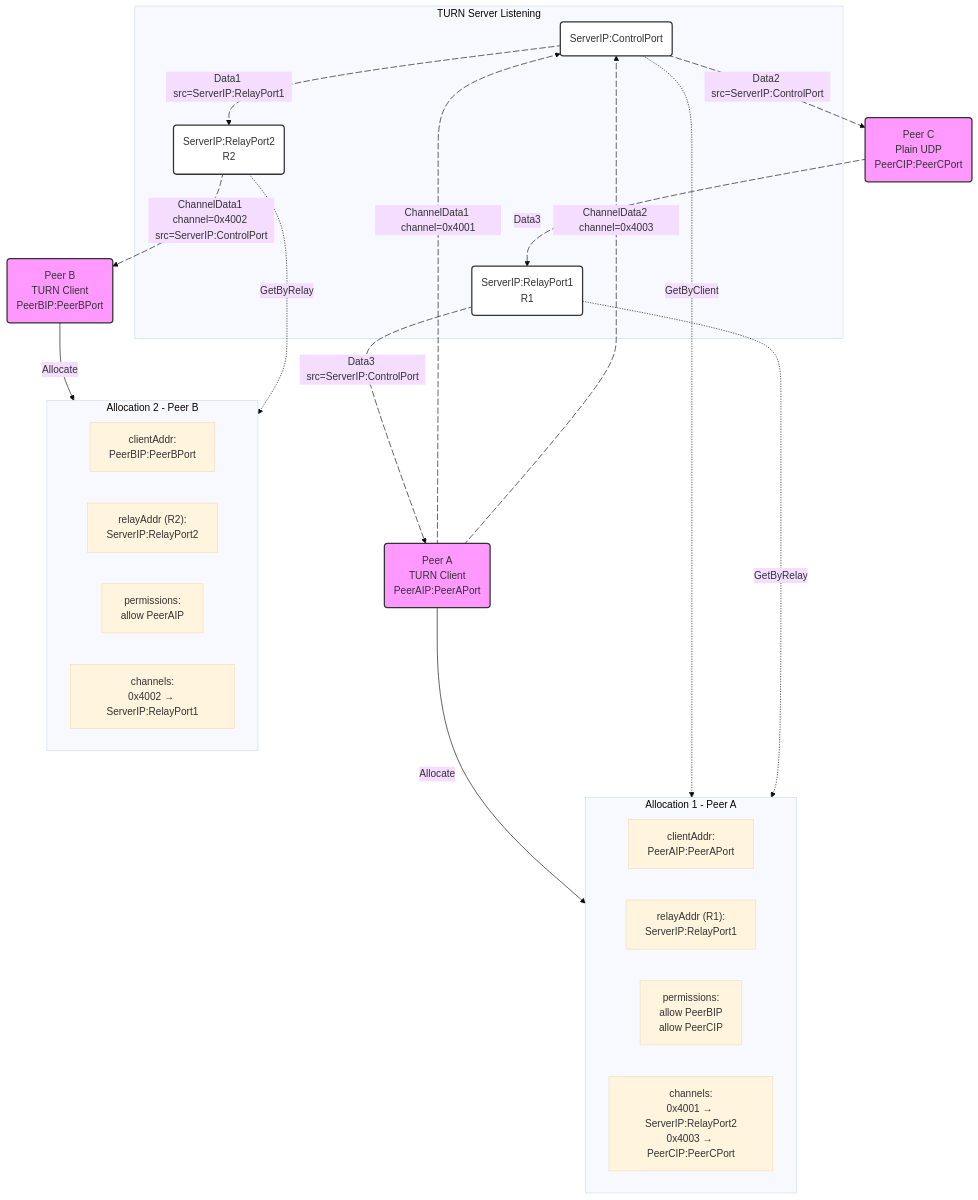
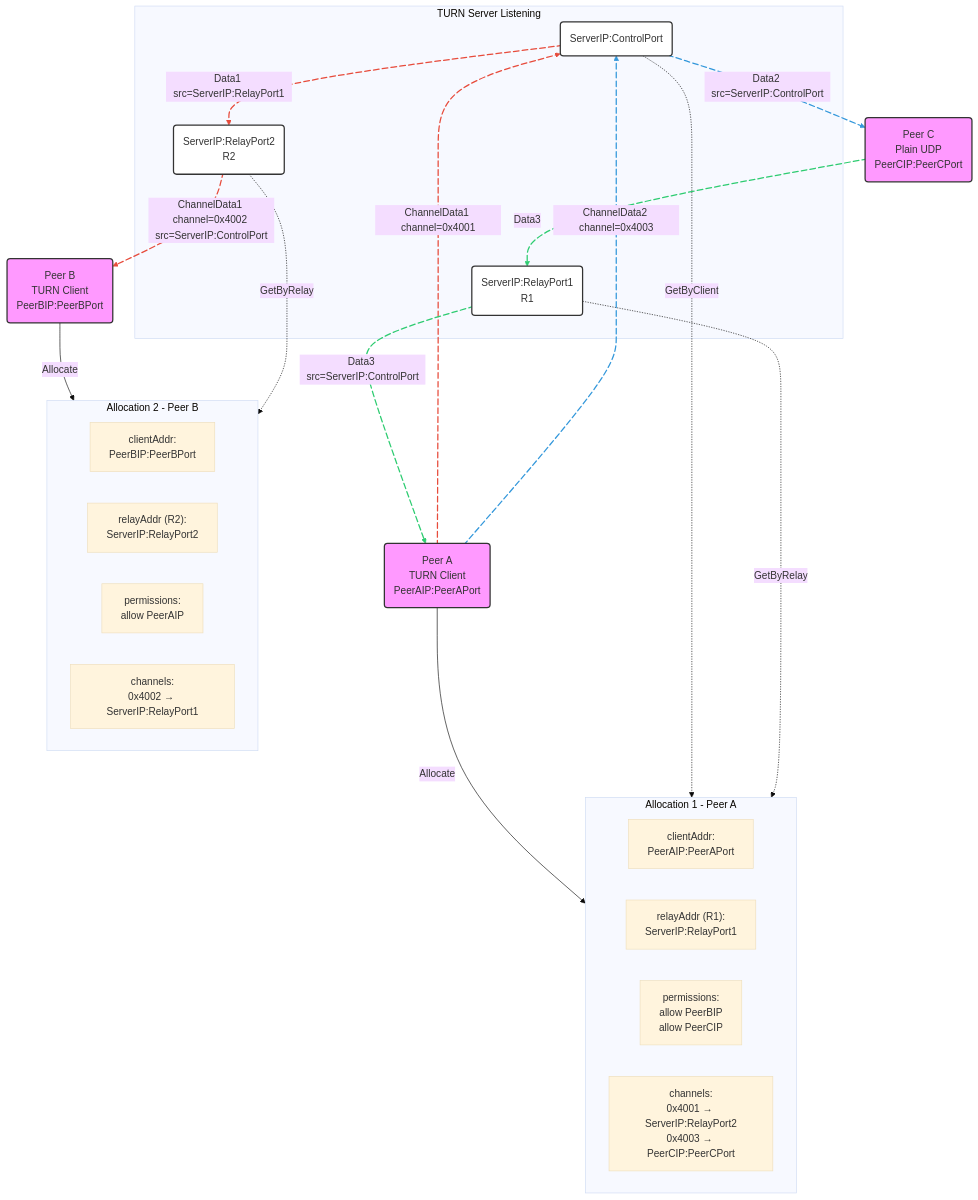
One commit to techunder/posts changed the fourth of 4 diagrams in content/docs/10-rtc-intro/02-webrtc.md. Above: the diagram before and after it, drawn with Mermaid (base theme). The commit also changed other lines of this file, not shown here.

````diff
--- a/content/docs/10-rtc-intro/02-webrtc.md
+++ b/content/docs/10-rtc-intro/02-webrtc.md
@@ -425,60 +463,67 @@
 ```mermaid
 flowchart TD
     subgraph AllocA["Allocation 1 - Peer A"]
         C1["clientAddr:<br/>PeerAIP:PeerAPort"]
         R1["relayAddr (R1):<br/>ServerIP:RelayPort1"]
         PA["permissions:<br/>allow PeerBIP<br/>allow PeerCIP"]
         CHA["channels:<br/>0x4001 → ServerIP:RelayPort2<br/>0x4003 → PeerCIP:PeerCPort"]
     end
 
     subgraph AllocB["Allocation 2 - Peer B"]
         C2["clientAddr:<br/>PeerBIP:PeerBPort"]
         R2["relayAddr (R2):<br/>ServerIP:RelayPort2"]
         PB["permissions:<br/>allow PeerAIP"]
         CHB["channels:<br/>0x4002 → ServerIP:RelayPort1"]
     end
 
     subgraph Server["TURN Server Listening"]
         CP(ServerIP:ControlPort)
         RP1(ServerIP:RelayPort1<br/>R1)
         RP2(ServerIP:RelayPort2<br/>R2)
     end
 
     A(Peer A<br/>TURN Client<br/>PeerAIP:PeerAPort)
     B(Peer B<br/>TURN Client<br/>PeerBIP:PeerBPort)
     C(Peer C<br/>Plain UDP<br/>PeerCIP:PeerCPort)
 
     A -->|Allocate| AllocA
     B -->|Allocate| AllocB
 
     %% A → B (TURN client to TURN client)
     A e1@-->|ChannelData1 channel=0x4001| CP
     CP -.->|GetByClient| AllocA
     CP e2@-->|Data1 src=ServerIP:RelayPort1| RP2
     RP2 -.->|GetByRelay| AllocB
     RP2 e3@-->|ChannelData1 channel=0x4002 src=ServerIP:ControlPort| B
 
     %% A → C (TURN client to plain UDP)
     A e4@-->|ChannelData2 channel=0x4003| CP
     CP e5@-->|Data2 src=ServerIP:ControlPort| C
 
     %% C → A (plain UDP to TURN client)
     C e6@-->|Data3| RP1
     RP1 -.->|GetByRelay| AllocA
     RP1 e7@-->|Data3 src=ServerIP:ControlPort| A
 
     style A fill:#f9f,stroke:#333,stroke-width:2px
     style B fill:#f9f,stroke:#333,stroke-width:2px
     style C fill:#f9f,stroke:#333,stroke-width:2px
     style CP fill:#fff,stroke:#333,stroke-width:2px
     style RP1 fill:#fff,stroke:#333,stroke-width:2px
     style RP2 fill:#fff,stroke:#333,stroke-width:2px
 
+    %% Data1
+    linkStyle 2,4,6 stroke:#e74c3c,stroke-width:2px
+    %% Data2
+    linkStyle 7,8 stroke:#3498db,stroke-width:2px
+    %% Data3
+    linkStyle 9,11 stroke:#2ecc71,stroke-width:2px
+
     e1@{ animate: true }
     e2@{ animate: true }
     e3@{ animate: true }
     e4@{ animate: true }
     e5@{ animate: true }
     e6@{ animate: true }
     e7@{ animate: true }
 ```
````
